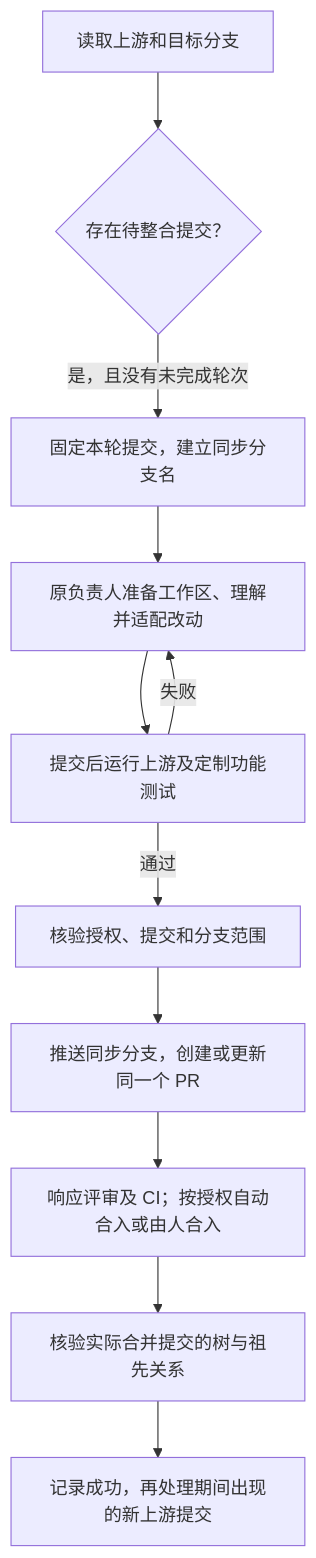
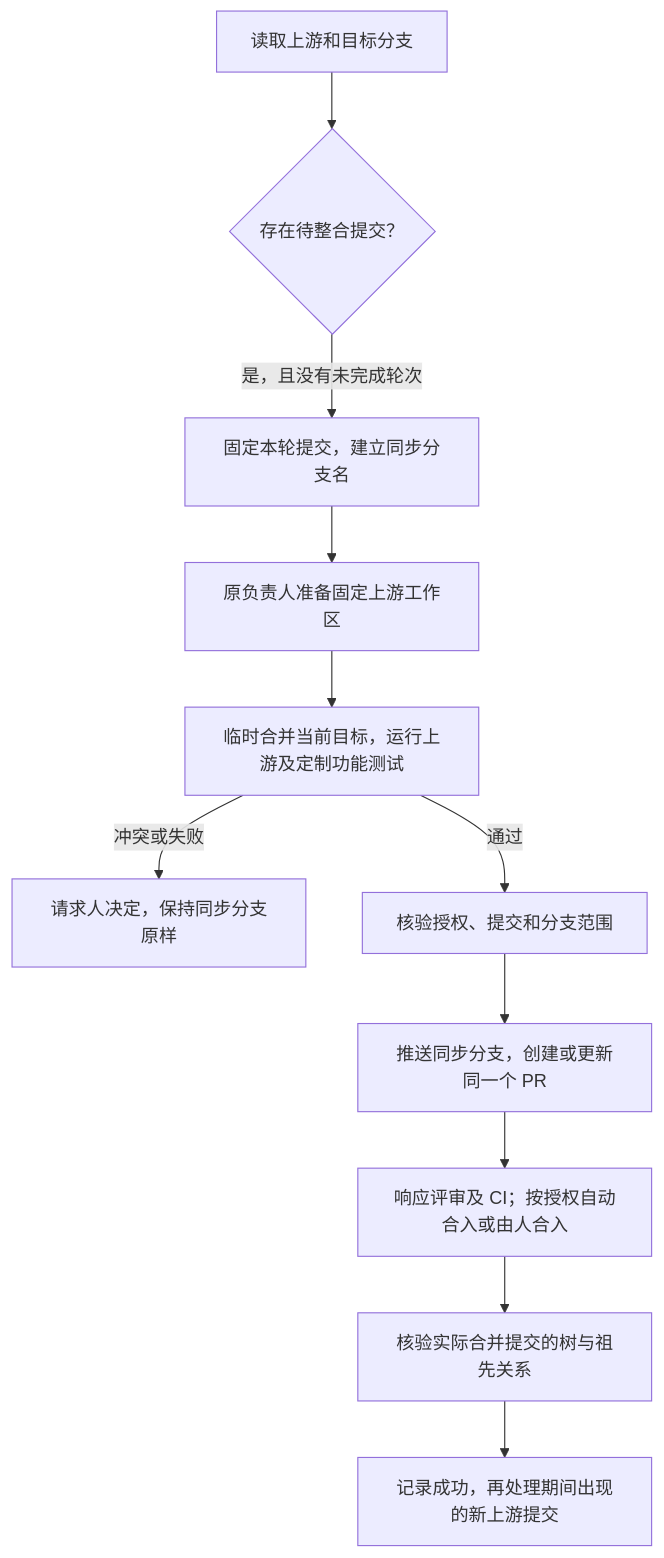
Before and after one commit to spencercjh/github-work-assistant: the diagram in docs/FORK-MAINTENANCE.md, drawn with Mermaid. The commit also changed other lines of this file and 10 other files, not shown here.

````diff
--- a/docs/FORK-MAINTENANCE.md
+++ b/docs/FORK-MAINTENANCE.md
@@ -55,13 +55,13 @@
 ```mermaid
 flowchart TD
   A[读取上游和目标分支] --> B{存在待整合提交？}
   B -->|是，且没有未完成轮次| C[固定本轮提交，建立同步分支名]
-  C --> D[原负责人准备工作区、理解并适配改动]
-  D --> E[提交后运行上游及定制功能测试]
-  E -->|失败| D
+  C --> D[原负责人准备固定上游工作区]
+  D --> E[临时合并当前目标，运行上游及定制功能测试]
+  E -->|冲突或失败| K[请求人决定，保持同步分支原样]
   E -->|通过| F[核验授权、提交和分支范围]
   F --> G[推送同步分支，创建或更新同一个 PR]
   G --> H[响应评审及 CI；按授权自动合入或由人合入]
   H --> I[核验实际合并提交的树与祖先关系]
   I --> J[记录成功，再处理期间出现的新上游提交]
 ```
````
